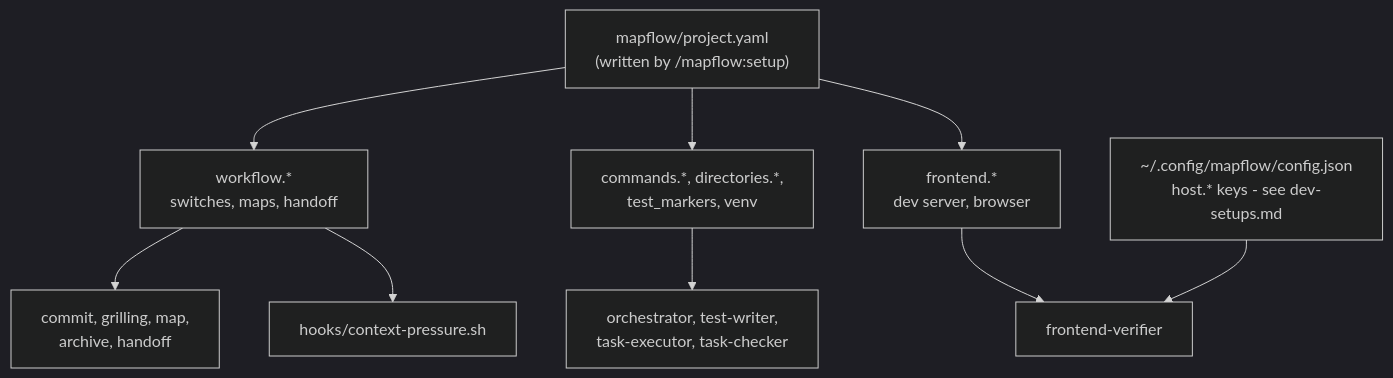
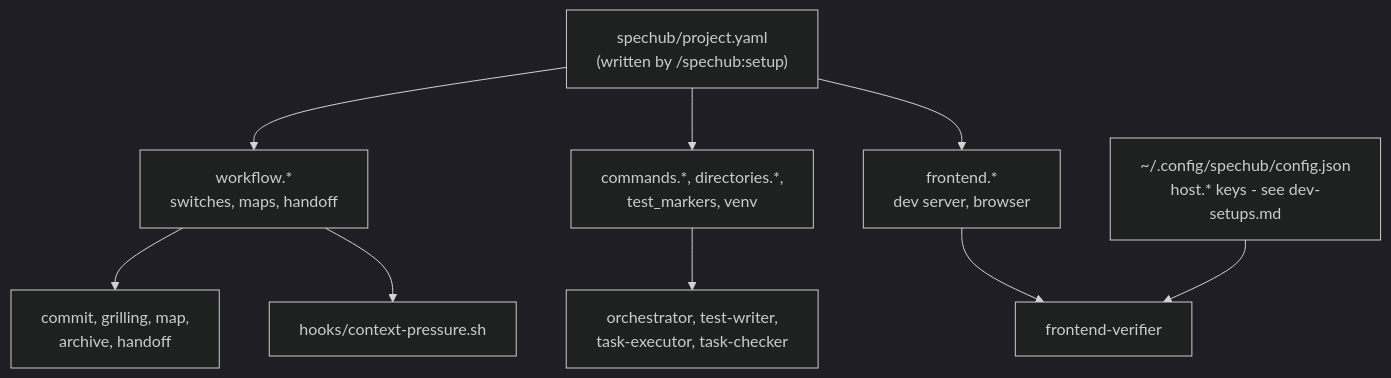
One commit to ac8318740/acstack changed the diagram in docs/config-reference.md. Above: the diagram before and after it, drawn with Mermaid (dark theme). The commit also changed other lines of this file and 7 other files, not shown here.

````diff
--- a/docs/config-reference.md
+++ b/docs/config-reference.md
@@ -19,11 +19,11 @@
 ```mermaid
 flowchart TD
-    FILE["mapflow/project.yaml<br/>(written by /mapflow:setup)"] --> WF["workflow.*<br/>switches, maps, handoff"]
+    FILE["spechub/project.yaml<br/>(written by /spechub:setup)"] --> WF["workflow.*<br/>switches, maps, handoff"]
     FILE --> RUN["commands.*, directories.*,<br/>test_markers, venv"]
     FILE --> FE["frontend.*<br/>dev server, browser"]
     WF --> SKILLS["commit, grilling, map,<br/>archive, handoff"]
     WF --> HOOK["hooks/context-pressure.sh"]
     RUN --> AGENTS["orchestrator, test-writer,<br/>task-executor, task-checker"]
     FE --> FV["frontend-verifier"]
-    HOST["~/.config/mapflow/config.json<br/>host.* keys - see dev-setups.md"] --> FV
+    HOST["~/.config/spechub/config.json<br/>host.* keys - see dev-setups.md"] --> FV
 ```
````
